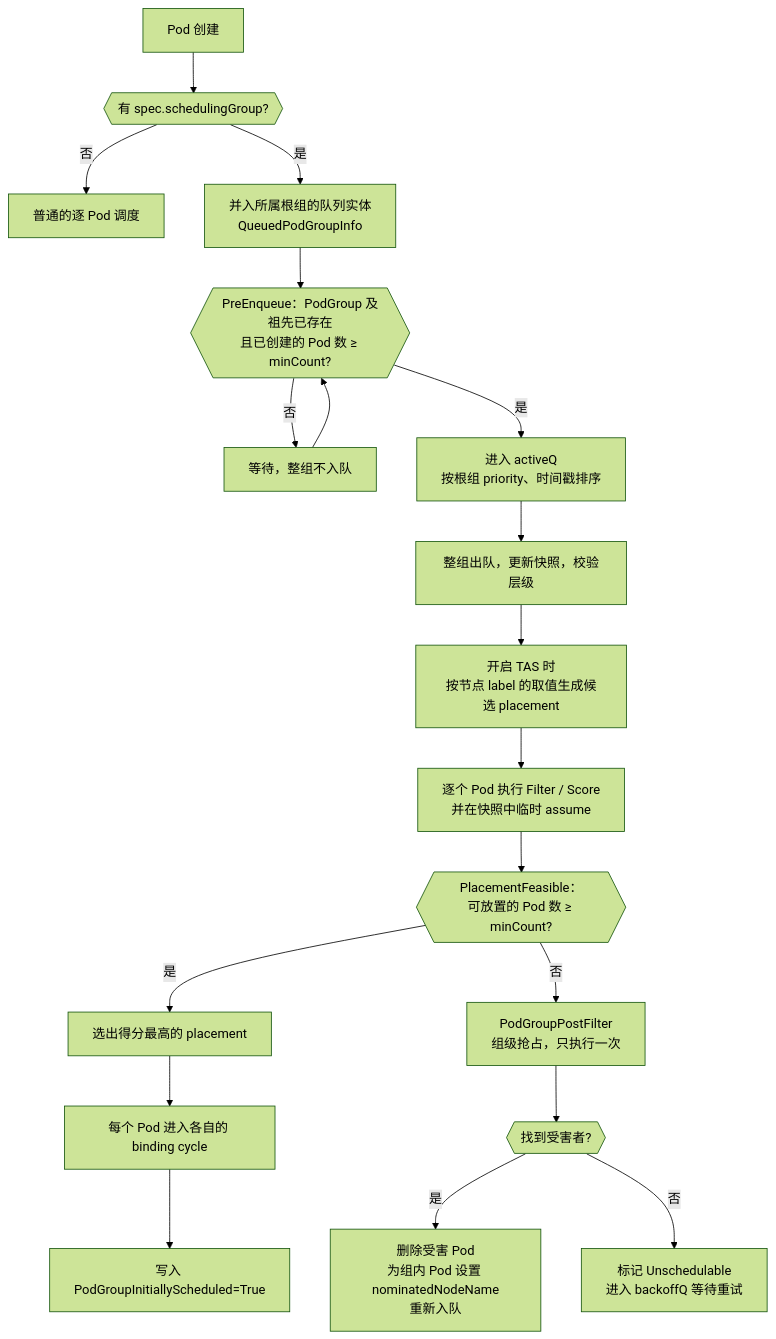
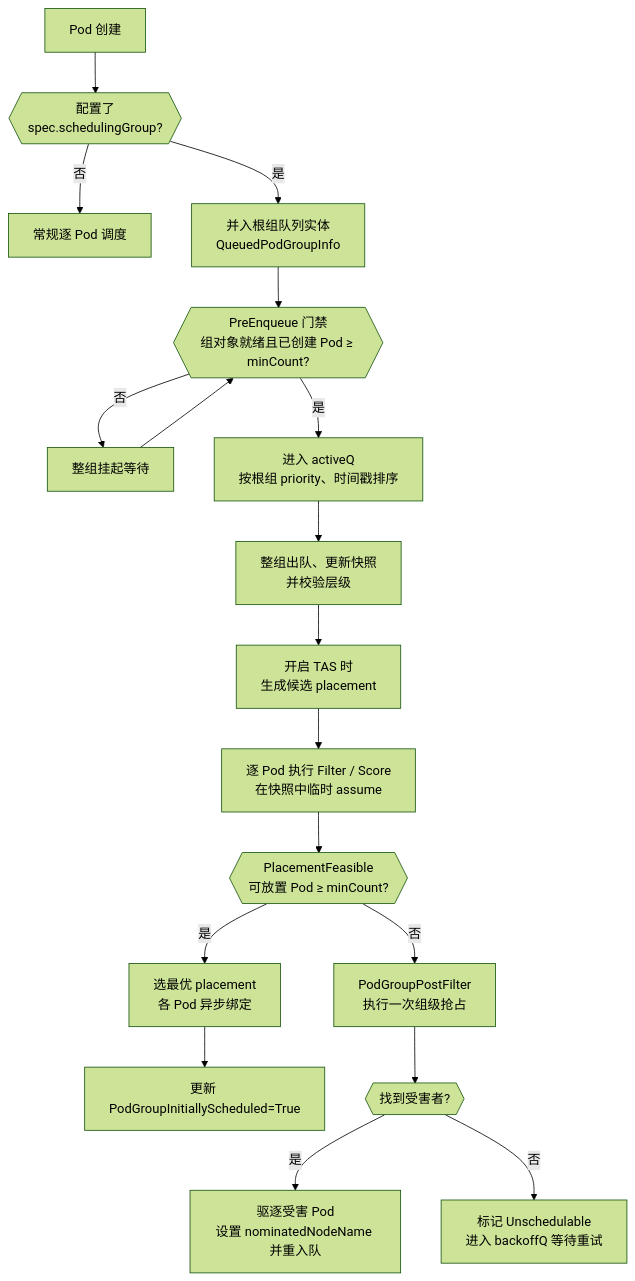
The third of 15 diagrams in docs/research/k8s-workload-aware-scheduling-vs-volcano-cn.md (JesseStutler/volcano), drawn with Mermaid (forest theme) before and after one commit. The commit also changed other lines of this file and 1 other file, not shown here.

First line of the commit message:
docs: improve readability of upstream PodGroup vs Volcano report

````diff
--- a/docs/research/k8s-workload-aware-scheduling-vs-volcano-cn.md
+++ b/docs/research/k8s-workload-aware-scheduling-vs-volcano-cn.md
@@ -156,21 +114,20 @@
 ```mermaid
 flowchart TD
-    A["Pod 创建"] --> B{{"有 spec.schedulingGroup?"}}
-    B -- 否 --> C["普通的逐 Pod 调度"]
-    B -- 是 --> D["并入所属根组的队列实体<br/>QueuedPodGroupInfo"]
-    D --> E{{"PreEnqueue：PodGroup 及祖先已存在<br/>且已创建的 Pod 数 ≥ minCount?"}}
-    E -- 否 --> F["等待，整组不入队"]
+    A["Pod 创建"] --> B{{"配置了<br/>spec.schedulingGroup?"}}
+    B -- 否 --> C["常规逐 Pod 调度"]
+    B -- 是 --> D["并入根组队列实体<br/>QueuedPodGroupInfo"]
+    D --> E{{"PreEnqueue 门禁<br/>组对象就绪且已创建 Pod ≥ minCount?"}}
+    E -- 否 --> F["整组挂起等待"]
     F --> E
     E -- 是 --> G["进入 activeQ<br/>按根组 priority、时间戳排序"]
-    G --> H["整组出队，更新快照，校验层级"]
-    H --> I["开启 TAS 时<br/>按节点 label 的取值生成候选 placement"]
-    I --> J["逐个 Pod 执行 Filter / Score<br/>并在快照中临时 assume"]
-    J --> K{{"PlacementFeasible：<br/>可放置的 Pod 数 ≥ minCount?"}}
-    K -- 是 --> L["选出得分最高的 placement"]
-    L --> M["每个 Pod 进入各自的 binding cycle"]
-    M --> N["写入 PodGroupInitiallyScheduled=True"]
-    K -- 否 --> O["PodGroupPostFilter<br/>组级抢占，只执行一次"]
-    O --> P{{"找到受害者?"}}
-    P -- 是 --> Q["删除受害 Pod<br/>为组内 Pod 设置 nominatedNodeName<br/>重新入队"]
-    P -- 否 --> R["标记 Unschedulable<br/>进入 backoffQ 等待重试"]
+    G --> H["整组出队、更新快照<br/>并校验层级"]
+    H --> I["开启 TAS 时<br/>生成候选 placement"]
+    I --> J["逐 Pod 执行 Filter / Score<br/>在快照中临时 assume"]
+    J --> K{{"PlacementFeasible<br/>可放置 Pod ≥ minCount?"}}
+    K -- 是 --> L["选最优 placement<br/>各 Pod 异步绑定"]
+    L --> M["更新 PodGroupInitiallyScheduled=True"]
+    K -- 否 --> N["PodGroupPostFilter<br/>执行一次组级抢占"]
+    N --> O{{"找到受害者?"}}
+    O -- 是 --> P["驱逐受害 Pod<br/>设置 nominatedNodeName 并重入队"]
+    O -- 否 --> Q["标记 Unschedulable<br/>进入 backoffQ 等待重试"]
 ```
````
